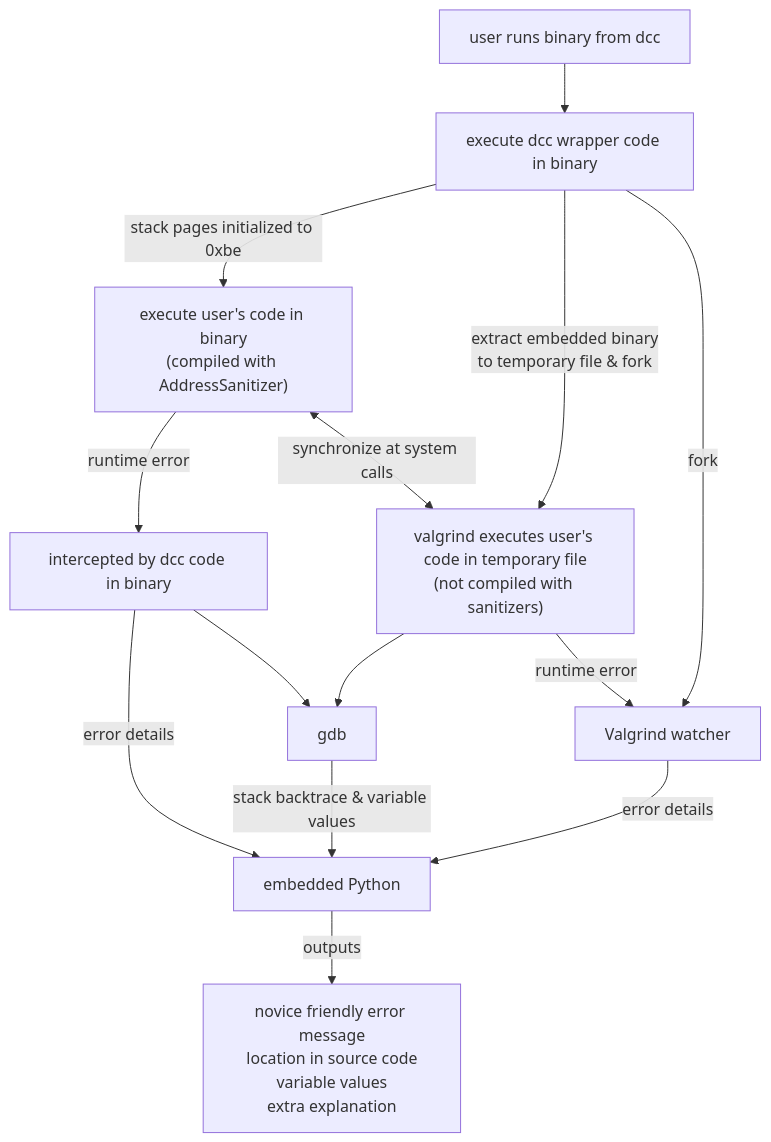
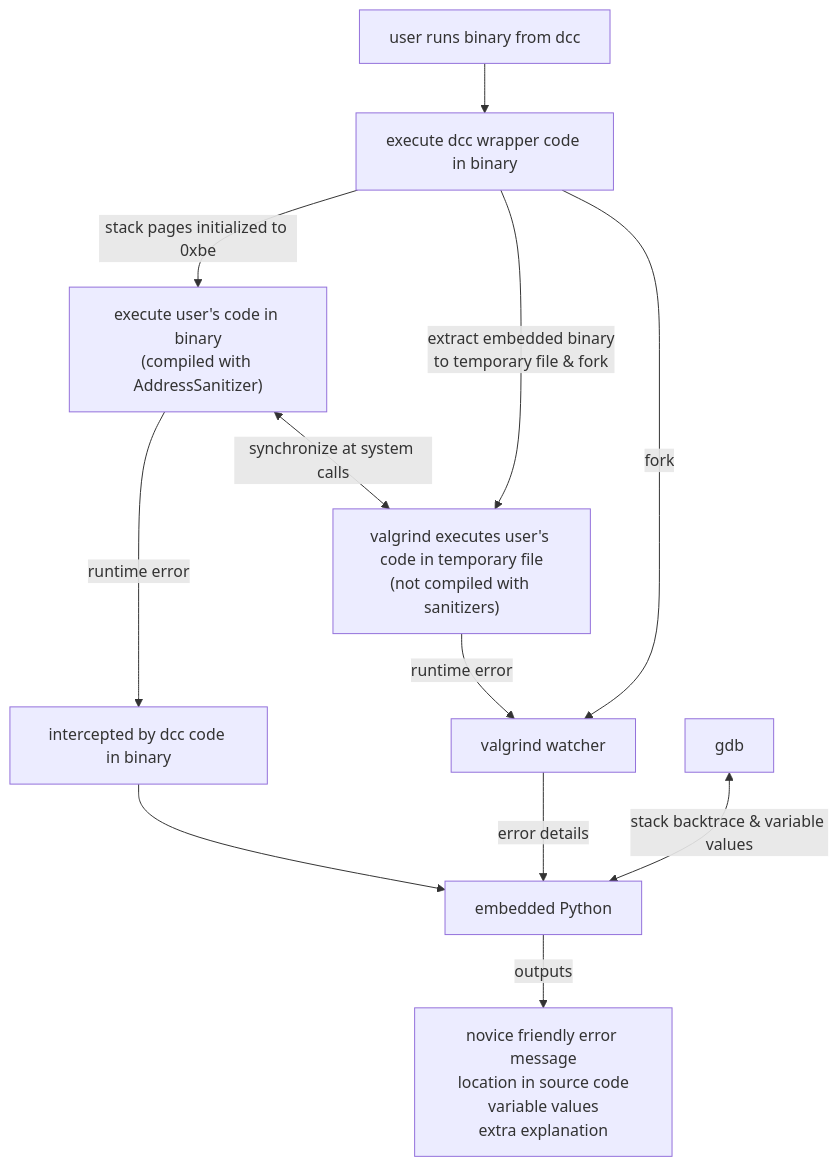
Before and after one commit to COMP1511UNSW/dcc: the second of 2 diagrams in README.md, drawn with Mermaid. The commit also changed other lines of this file, not shown here.

````diff
--- a/README.md
+++ b/README.md
@@ -284,18 +328,18 @@
 ```mermaid
 flowchart
     user1[user runs binary from dcc] --> main
     main[execute dcc wrapper code in binary]  --> |stack pages initialized to 0xbe| Sanitizer1["execute user's code in binary<br>(compiled with AddressSanitizer)"]
     main --> |extract embedded binary<br>to temporary file & fork| Sanitizer2["valgrind executes user's code in temporary file<br>(not compiled with sanitizers)"]
-    main --> |fork| Watcher[Valgrind watcher]
+    main --> |fork| Watcher[valgrind watcher]
     
     Sanitizer1 --> |runtime error| embedded_C[intercepted by dcc code in binary]
     Sanitizer1 <--> | synchronize at system calls | Sanitizer2
-    embedded_C --> |error details| embedded_Python
-    embedded_C --> gdb
+
+    embedded_C --> embedded_Python
 
     Watcher --> |error details| embedded_Python
-    Sanitizer2 --> gdb
+
     Sanitizer2 --> |runtime error| Watcher
-    gdb --> |stack backtrace & variable values| embedded_Python[embedded Python]
+    gdb <--> |stack backtrace & variable values| embedded_Python[embedded Python]
     embedded_Python --> |outputs| user2[novice friendly error message<br>location in source code<br>variable values<br>extra explanation]
 ```
````
